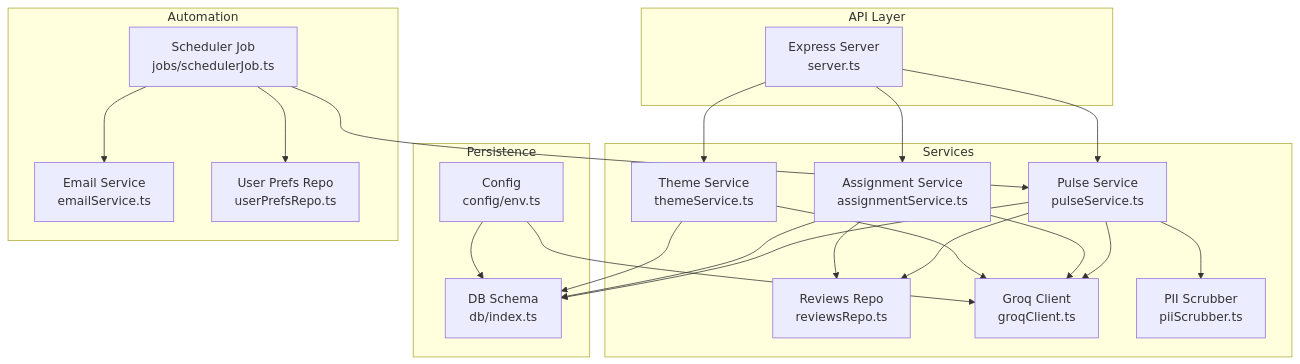
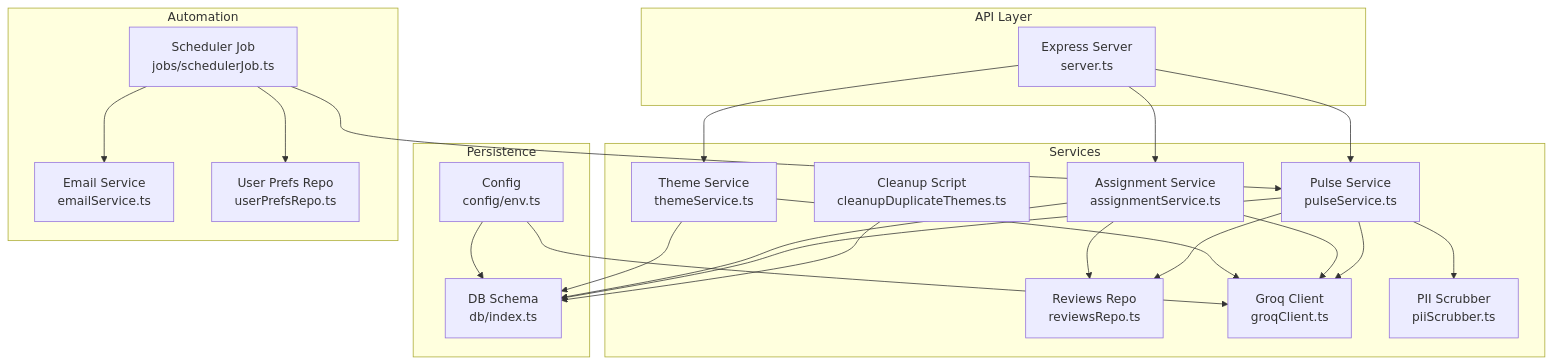
One commit to aravinthraj-ramalingam/Groww-App-Review-Insights-Analyzer- changed the first of 8 diagrams in .qoder/repowiki/en/content/Phase 2_ Advanced Analytics & Automation/Theme Generation & Management.md. Above: the diagram before and after it, drawn with Mermaid. The commit also changed other lines of this file and 5 other files, not shown here.

````diff
--- a/.qoder/repowiki/en/content/Phase 2_ Advanced Analytics & Automation/Theme Generation & Management.md
+++ b/.qoder/repowiki/en/content/Phase 2_ Advanced Analytics & Automation/Theme Generation & Management.md
@@ -42,40 +52,42 @@
 ```mermaid
 graph TB
 subgraph "API Layer"
 Srv["Express Server<br/>server.ts"]
 end
 subgraph "Services"
 TSvc["Theme Service<br/>themeService.ts"]
 ASvc["Assignment Service<br/>assignmentService.ts"]
 PSvc["Pulse Service<br/>pulseService.ts"]
 RRepo["Reviews Repo<br/>reviewsRepo.ts"]
 GClt["Groq Client<br/>groqClient.ts"]
 Scrub["PII Scrubber<br/>piiScrubber.ts"]
+Cleanup["Cleanup Script<br/>cleanupDuplicateThemes.ts"]
 end
 subgraph "Persistence"
 DBIdx["DB Schema<br/>db/index.ts"]
 CFG["Config<br/>config/env.ts"]
 end
 subgraph "Automation"
 Sch["Scheduler Job<br/>jobs/schedulerJob.ts"]
 Mail["Email Service<br/>emailService.ts"]
 UPrefs["User Prefs Repo<br/>userPrefsRepo.ts"]
 end
 Srv --> TSvc
 Srv --> ASvc
 Srv --> PSvc
 TSvc --> GClt
 ASvc --> GClt
 PSvc --> GClt
 PSvc --> Scrub
 ASvc --> RRepo
 PSvc --> RRepo
 TSvc --> DBIdx
 ASvc --> DBIdx
 PSvc --> DBIdx
+Cleanup --> DBIdx
 Sch --> PSvc
 Sch --> Mail
 Sch --> UPrefs
 CFG --> DBIdx
 CFG --> GClt
 ```
````
